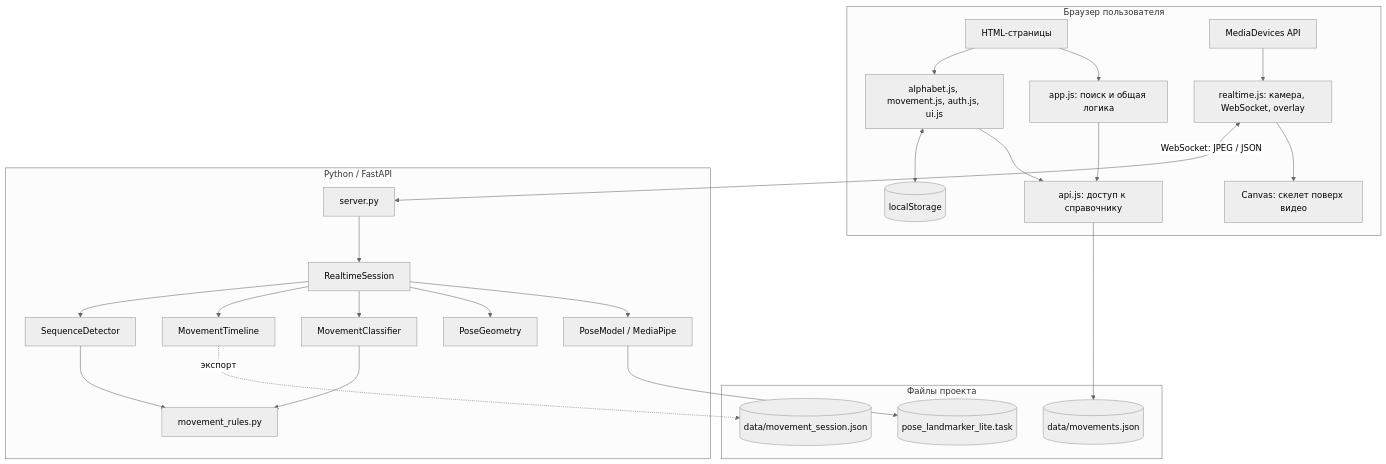
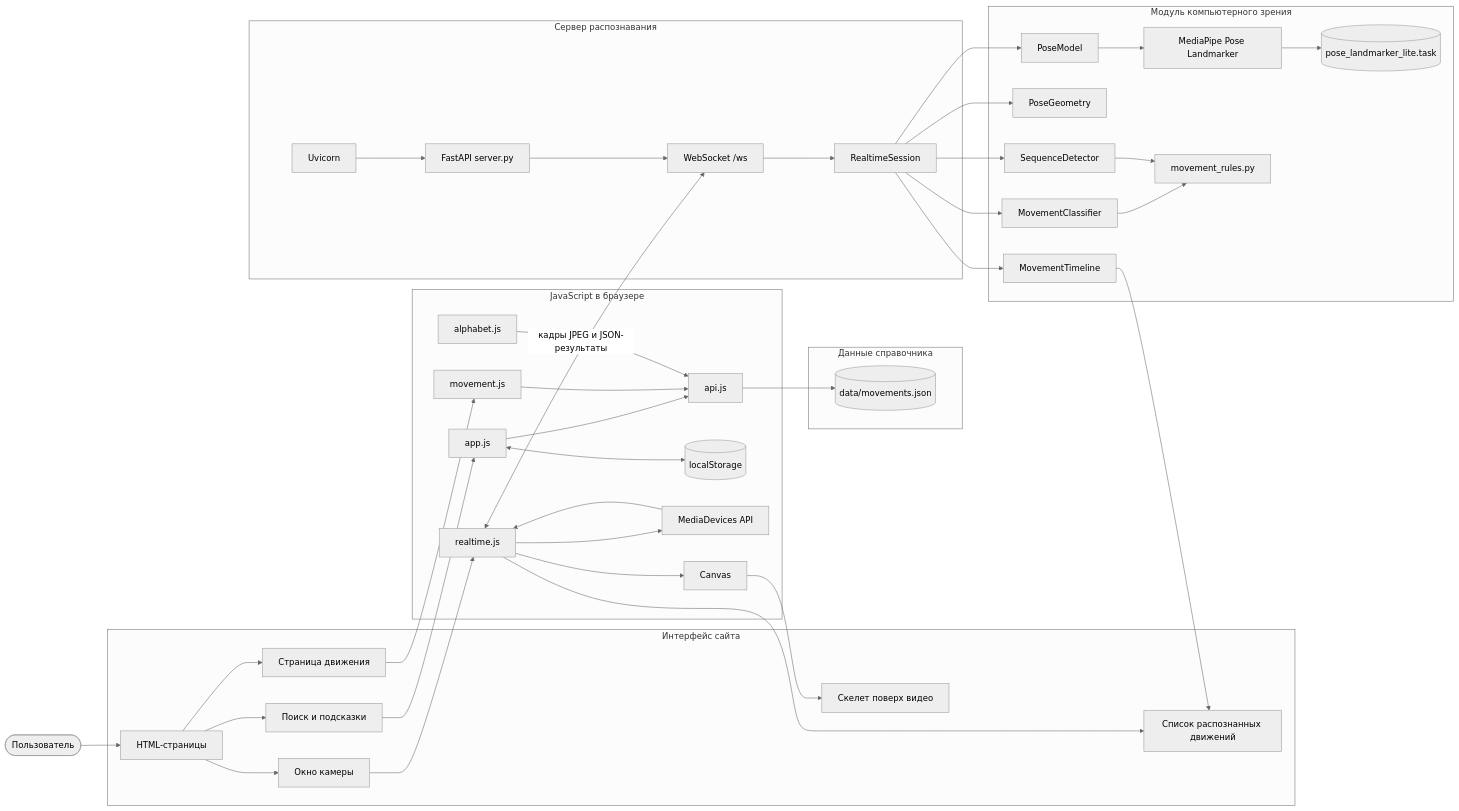
The second of 7 diagrams in docs/UML.md (uralovaelizaveta-art/project), drawn with Mermaid (neutral theme) before and after one commit. The commit also changed other lines of this file and 2 other files, not shown here.

````diff
--- a/docs/UML.md
+++ b/docs/UML.md
@@ -64,52 +64,83 @@
 ```mermaid
-flowchart TB
-    subgraph Browser[Браузер пользователя]
+flowchart LR
+    User([Пользователь])
+
+    subgraph UI[Интерфейс сайта]
         Pages[HTML-страницы]
-        AppJS[app.js: поиск и общая логика]
-        ApiJS[api.js: доступ к справочнику]
-        RealtimeJS[realtime.js: камера, WebSocket, overlay]
-        OtherJS[alphabet.js, movement.js, auth.js, ui.js]
-        LocalStorage[(localStorage)]
-        Camera[MediaDevices API]
-        Canvas[Canvas: скелет поверх видео]
+        Search[Поиск и подсказки]
+        MovementPage[Страница движения]
+        RealtimePage[Окно камеры]
+        Skeleton[Скелет поверх видео]
+        MovementList[Список распознанных движений]
     end
 
-    subgraph Backend[Python / FastAPI]
-        Server[server.py]
+    subgraph ClientLogic[JavaScript в браузере]
+        AppJS[app.js]
+        ApiJS[api.js]
+        MovementJS[movement.js]
+        AlphabetJS[alphabet.js]
+        RealtimeJS[realtime.js]
+        BrowserStorage[(localStorage)]
+        CameraAPI[MediaDevices API]
+        CanvasAPI[Canvas]
+    end
+
+    subgraph DataLayer[Данные справочника]
+        MovementsJSON[(data/movements.json)]
+    end
+
+    subgraph ServerLayer[Сервер распознавания]
+        Uvicorn[Uvicorn]
+        FastAPI[FastAPI server.py]
+        WebSocket[WebSocket /ws]
         Session[RealtimeSession]
-        Pose[PoseModel / MediaPipe]
+    end
+
+    subgraph RecognitionLayer[Модуль компьютерного зрения]
+        PoseModel[PoseModel]
+        MediaPipe[MediaPipe Pose Landmarker]
         Geometry[PoseGeometry]
         Classifier[MovementClassifier]
         Timeline[MovementTimeline]
         Sequence[SequenceDetector]
         Rules[movement_rules.py]
+        ModelFile[(pose_landmarker_lite.task)]
     end
 
-    subgraph Files[Файлы проекта]
-        Movements[(data/movements.json)]
-        Model[(pose_landmarker_lite.task)]
-        SessionLog[(data/movement_session.json)]
-    end
+    User --> Pages
+    Pages --> Search
+    Pages --> MovementPage
+    Pages --> RealtimePage
 
-    Pages --> AppJS
-    Pages --> OtherJS
-    ApiJS --> Movements
+    Search --> AppJS
+    MovementPage --> MovementJS
+    RealtimePage --> RealtimeJS
+
     AppJS --> ApiJS
-    OtherJS --> ApiJS
-    OtherJS <--> LocalStorage
+    MovementJS --> ApiJS
+    AlphabetJS --> ApiJS
+    ApiJS --> MovementsJSON
 
-    Camera --> RealtimeJS
-    RealtimeJS --> Canvas
-    RealtimeJS <-->|WebSocket: JPEG / JSON| Server
+    AppJS <--> BrowserStorage
+    RealtimeJS --> CameraAPI
+    CameraAPI --> RealtimeJS
+    RealtimeJS --> CanvasAPI
+    CanvasAPI --> Skeleton
+    RealtimeJS --> MovementList
 
-    Server --> Session
-    Session --> Pose
-    Pose --> Model
+    RealtimeJS <-->|кадры JPEG и JSON-результаты| WebSocket
+    Uvicorn --> FastAPI
+    FastAPI --> WebSocket
+    WebSocket --> Session
+
+    Session --> PoseModel
+    PoseModel --> MediaPipe
+    MediaPipe --> ModelFile
     Session --> Geometry
     Session --> Classifier
     Session --> Timeline
     Session --> Sequence
     Classifier --> Rules
     Sequence --> Rules
-    Timeline -. экспорт .-> SessionLog
+    Timeline --> MovementList
 ```
````
